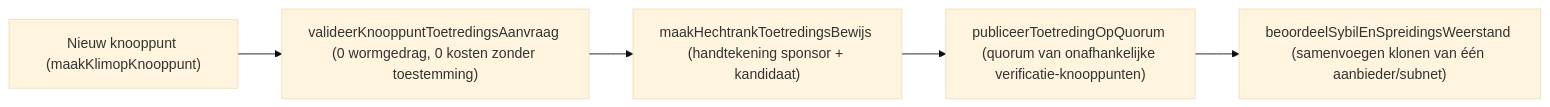
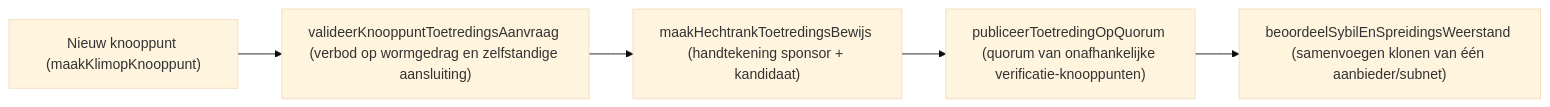
The diagram in docs/hub/KLIMOP-FASE-10-BEHEERSTE-UITBREIDING-EN-MIDDELENUITWISSELING.nl.md (Tarasevych/hub), drawn with Mermaid (base theme) before and after one commit. The commit also changed other lines of this file and 23 other files, not shown here.

````diff
--- a/docs/hub/KLIMOP-FASE-10-BEHEERSTE-UITBREIDING-EN-MIDDELENUITWISSELING.nl.md
+++ b/docs/hub/KLIMOP-FASE-10-BEHEERSTE-UITBREIDING-EN-MIDDELENUITWISSELING.nl.md
@@ -19,7 +19,7 @@
 ```mermaid
 flowchart LR
-  A["Nieuw knooppunt (maakKlimopKnooppunt)"] --> V["valideerKnooppuntToetredingsAanvraag (0 wormgedrag, 0 kosten zonder toestemming)"]
+  A["Nieuw knooppunt (maakKlimopKnooppunt)"] --> V["valideerKnooppuntToetredingsAanvraag (verbod op wormgedrag en zelfstandige aansluiting)"]
   V --> B["maakHechtrankToetredingsBewijs (handtekening sponsor + kandidaat)"]
   B --> Q["publiceerToetredingOpQuorum (quorum van onafhankelijke verificatie-knooppunten)"]
   Q --> S["beoordeelSybilEnSpreidingsWeerstand (samenvoegen klonen van één aanbieder/subnet)"]
 ```
````
